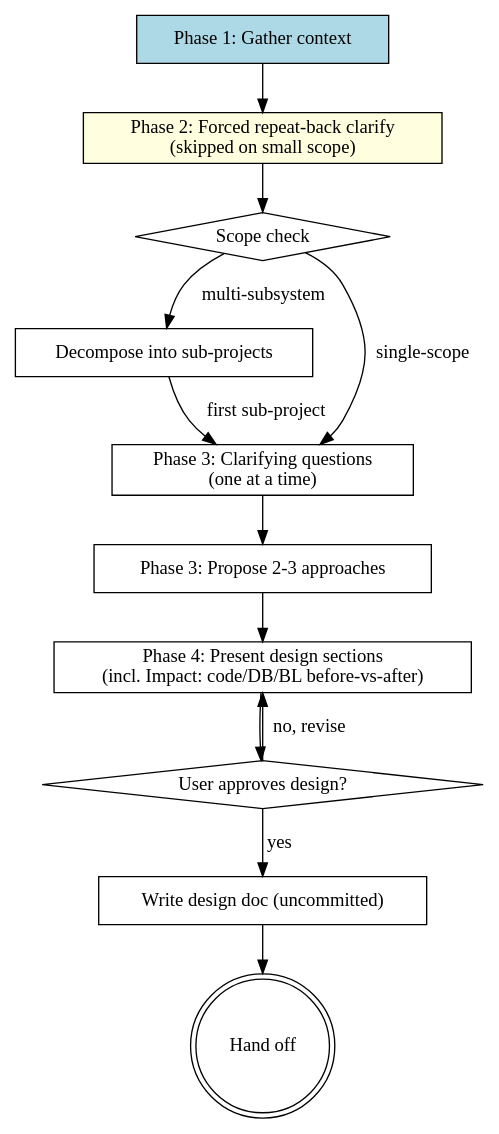
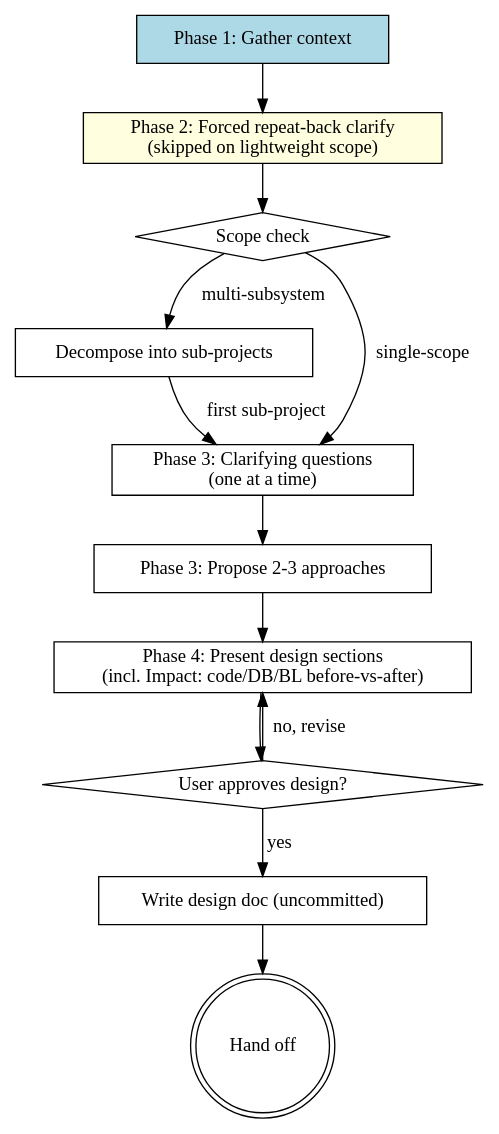
Before and after one commit to pandaworks-software-plt/pandahrms-skills: the diagram in skills/design-refinement/SKILL.md, drawn with Graphviz. The commit also changed other lines of this file and 1 other file, not shown here.

First line of the commit message:
feat: risk-weighted Scope Profile with 3-tier design gates

````diff
--- a/skills/design-refinement/SKILL.md
+++ b/skills/design-refinement/SKILL.md
@@ -101,26 +101,26 @@
 ```dot
 digraph design {
     "Phase 1: Gather context" [shape=box, style=filled, fillcolor=lightblue];
-    "Phase 2: Forced repeat-back clarify\n(skipped on small scope)" [shape=box, style=filled, fillcolor=lightyellow];
+    "Phase 2: Forced repeat-back clarify\n(skipped on lightweight scope)" [shape=box, style=filled, fillcolor=lightyellow];
     "Scope check" [shape=diamond];
     "Decompose into sub-projects" [shape=box];
     "Phase 3: Clarifying questions\n(one at a time)" [shape=box];
     "Phase 3: Propose 2-3 approaches" [shape=box];
     "Phase 4: Present design sections\n(incl. Impact: code/DB/BL before-vs-after)" [shape=box];
     "User approves design?" [shape=diamond];
     "Write design doc (uncommitted)" [shape=box];
     "Hand off" [shape=doublecircle];
 
-    "Phase 1: Gather context" -> "Phase 2: Forced repeat-back clarify\n(skipped on small scope)";
-    "Phase 2: Forced repeat-back clarify\n(skipped on small scope)" -> "Scope check";
+    "Phase 1: Gather context" -> "Phase 2: Forced repeat-back clarify\n(skipped on lightweight scope)";
+    "Phase 2: Forced repeat-back clarify\n(skipped on lightweight scope)" -> "Scope check";
     "Scope check" -> "Decompose into sub-projects" [label="multi-subsystem"];
     "Decompose into sub-projects" -> "Phase 3: Clarifying questions\n(one at a time)" [label="first sub-project"];
     "Scope check" -> "Phase 3: Clarifying questions\n(one at a time)" [label="single-scope"];
     "Phase 3: Clarifying questions\n(one at a time)" -> "Phase 3: Propose 2-3 approaches";
     "Phase 3: Propose 2-3 approaches" -> "Phase 4: Present design sections\n(incl. Impact: code/DB/BL before-vs-after)";
     "Phase 4: Present design sections\n(incl. Impact: code/DB/BL before-vs-after)" -> "User approves design?";
     "User approves design?" -> "Phase 4: Present design sections\n(incl. Impact: code/DB/BL before-vs-after)" [label="no, revise"];
     "User approves design?" -> "Write design doc (uncommitted)" [label="yes"];
     "Write design doc (uncommitted)" -> "Hand off";
 }
 ```
````
